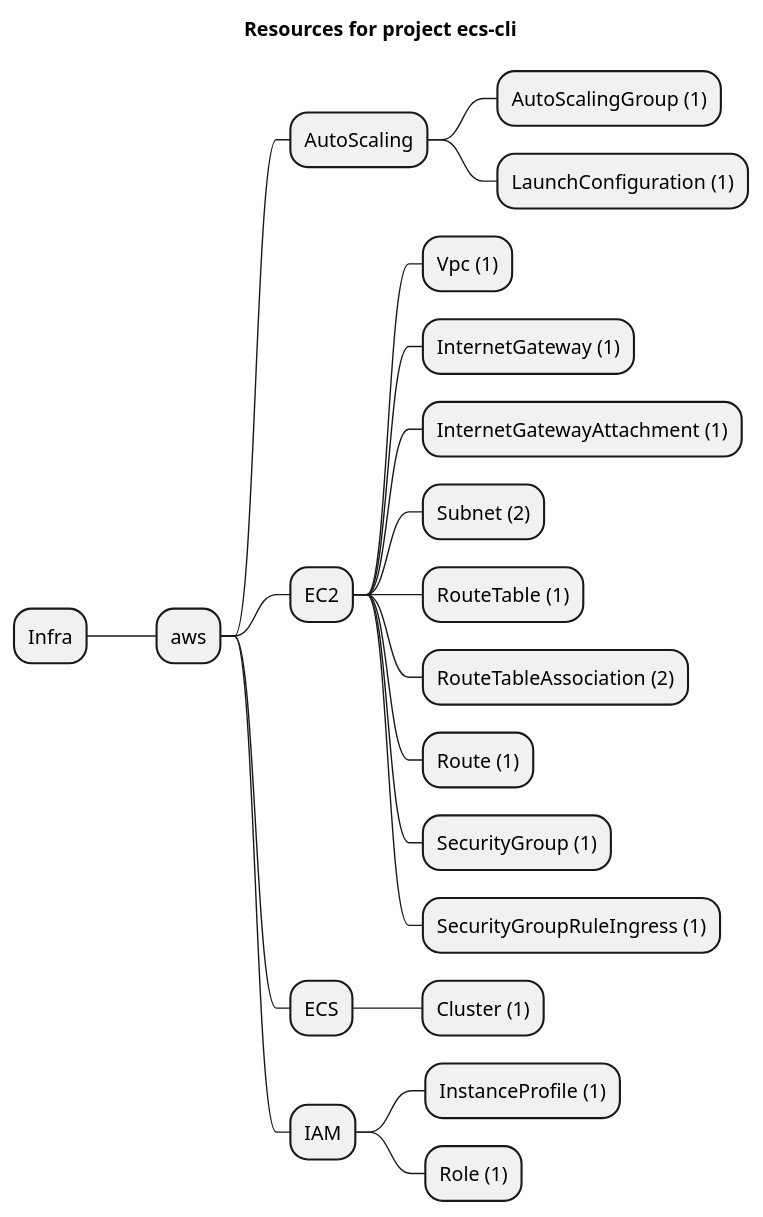
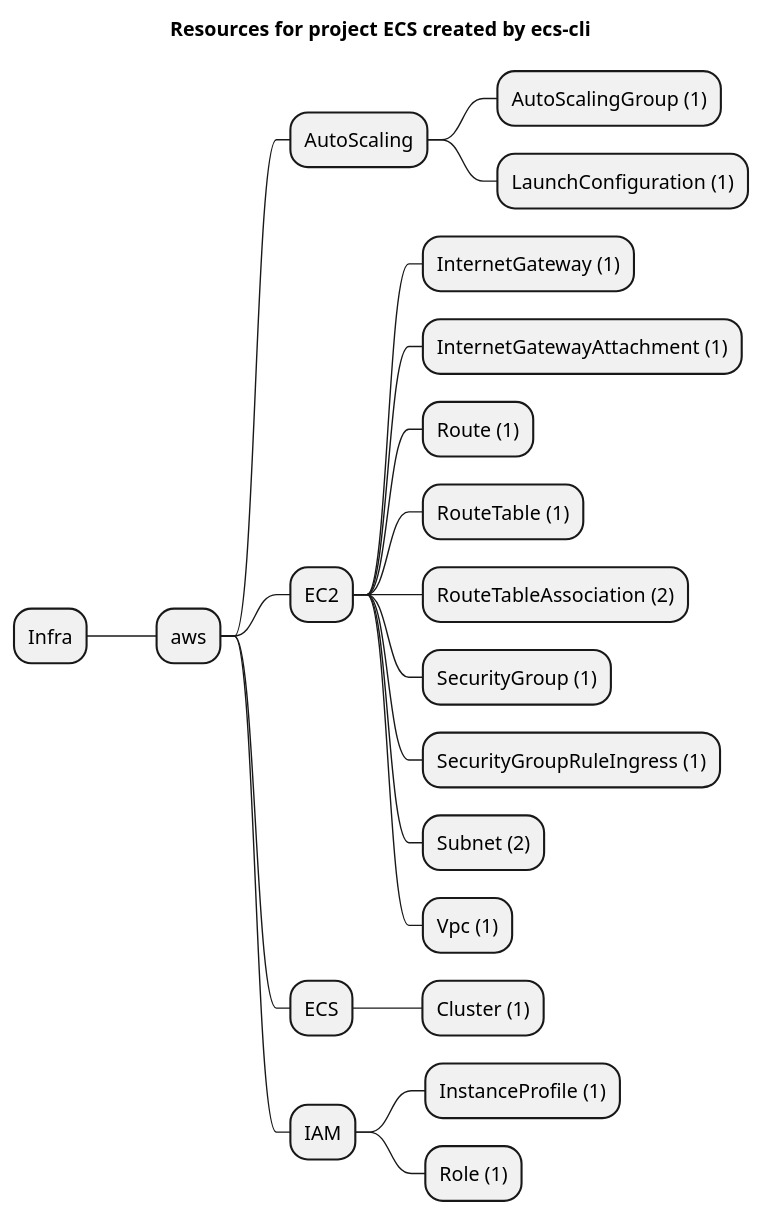
One commit to grucloud/grucloud changed the diagram in examples/aws/ECS/ecs-cli/artifacts/resources-mindmap.puml. Above: the diagram before and after it, drawn with PlantUML. The commit also changed 13 other files, not shown here.

```diff
--- a/examples/aws/ECS/ecs-cli/artifacts/resources-mindmap.puml
+++ b/examples/aws/ECS/ecs-cli/artifacts/resources-mindmap.puml
@@ -1,24 +1,24 @@
 @startmindmap
-title Resources for project ecs-cli
+title Resources for project ECS created by ecs-cli
 skinparam monochrome true
 + Infra
 ++ aws
 +++ AutoScaling
 ++++ AutoScalingGroup (1)
 ++++ LaunchConfiguration (1)
 +++ EC2
-++++ Vpc (1)
 ++++ InternetGateway (1)
 ++++ InternetGatewayAttachment (1)
-++++ Subnet (2)
+++++ Route (1)
 ++++ RouteTable (1)
 ++++ RouteTableAssociation (2)
-++++ Route (1)
 ++++ SecurityGroup (1)
 ++++ SecurityGroupRuleIngress (1)
+++++ Subnet (2)
+++++ Vpc (1)
 +++ ECS
 ++++ Cluster (1)
 +++ IAM
 ++++ InstanceProfile (1)
 ++++ Role (1)
 @endmindmap
```
